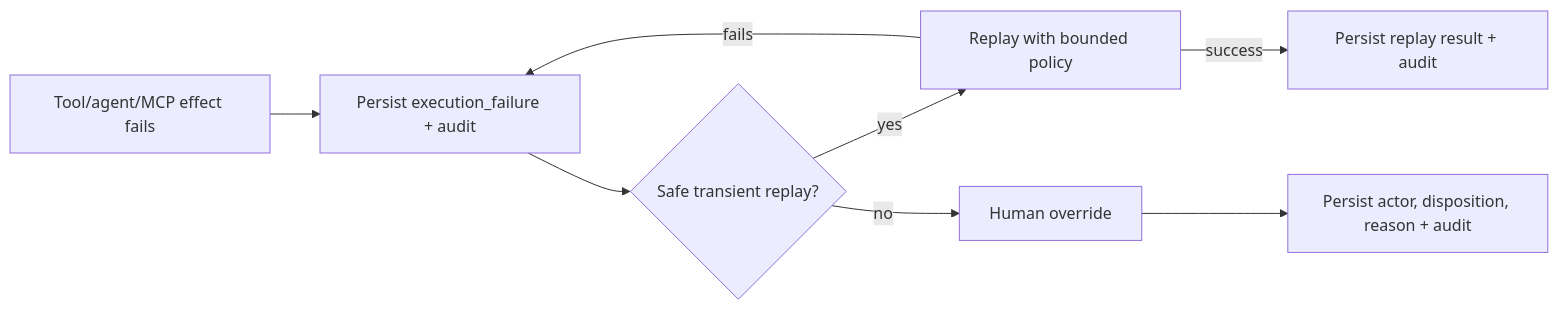
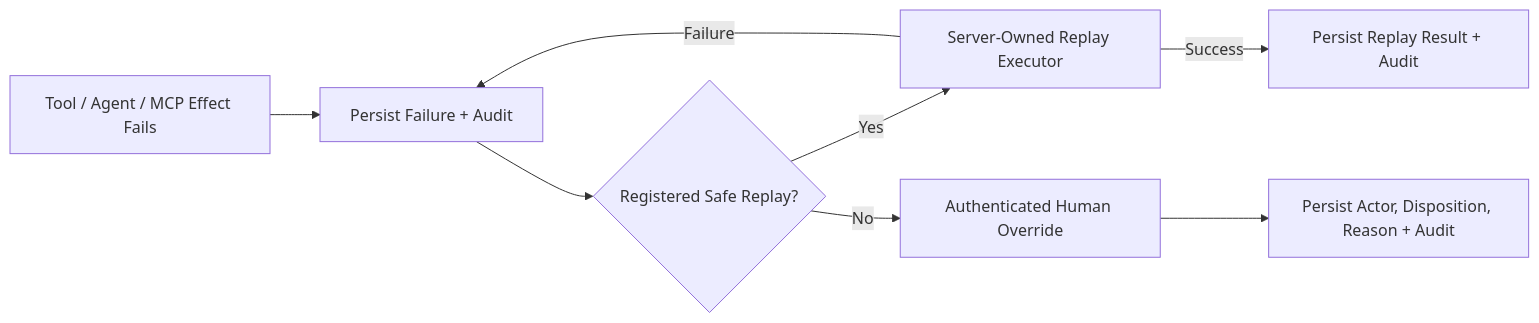
The third of 3 diagrams in docs/runbook.md (mkleinbe/mesh-ai-agent-cos-universe), drawn with Mermaid before and after one commit. The commit also changed other lines of this file, not shown here.

````diff
--- a/docs/runbook.md
+++ b/docs/runbook.md
@@ -157,10 +173,10 @@
 ```mermaid
 flowchart LR
-    FAIL[Tool/agent/MCP effect fails] --> REC[Persist execution_failure + audit]
-    REC --> AUTO{Safe transient replay?}
-    AUTO -->|yes| REPLAY[Replay with bounded policy]
-    AUTO -->|no| HUMAN[Human override]
-    REPLAY -->|success| DONE[Persist replay result + audit]
-    REPLAY -->|fails| REC
-    HUMAN --> OVERRIDE[Persist actor, disposition, reason + audit]
+    FAIL[Tool / Agent / MCP Effect Fails] --> REC[Persist Failure + Audit]
+    REC --> SAFE{Registered Safe Replay?}
+    SAFE -->|Yes| REPLAY[Server-Owned Replay Executor]
+    SAFE -->|No| HUMAN[Authenticated Human Override]
+    REPLAY -->|Success| DONE[Persist Replay Result + Audit]
+    REPLAY -->|Failure| REC
+    HUMAN --> OVERRIDE[Persist Actor, Disposition, Reason + Audit]
 ```
````
